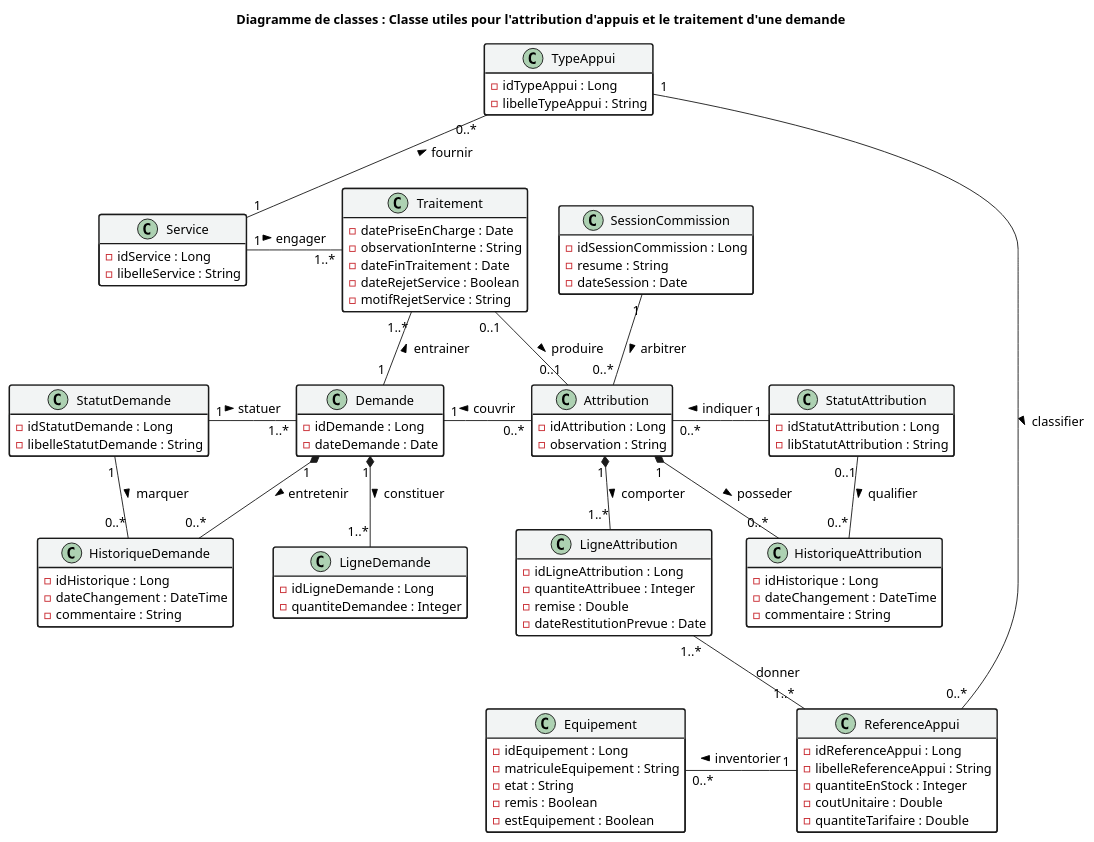
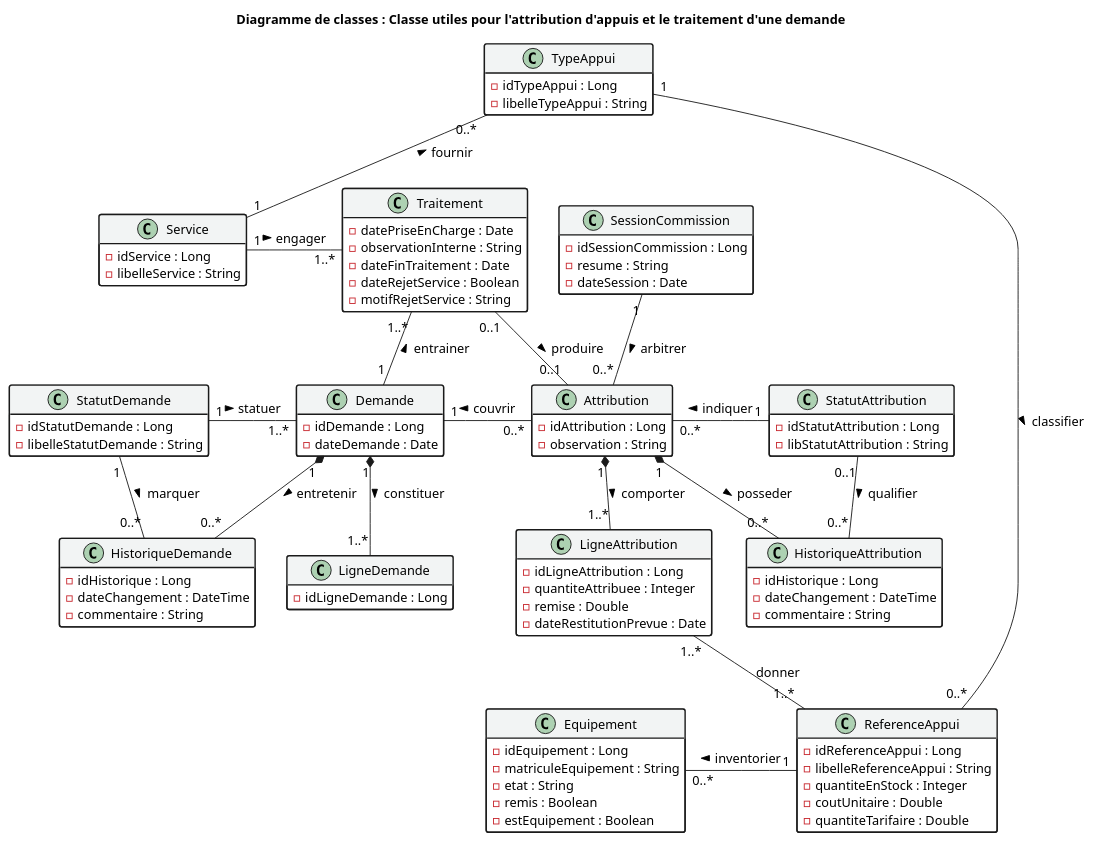
The diagram in docs/classes/M_classe_octroi.puml (marasse-codec/ORYZAPP), drawn with PlantUML before and after one commit. The commit also changed 43 other files, not shown here.

```diff
--- a/docs/classes/M_classe_octroi.puml
+++ b/docs/classes/M_classe_octroi.puml
@@ -1,159 +1,158 @@
 @startuml octroi_demande_uml
 title Diagramme de classes : Classe utiles pour l'attribution d'appuis et le traitement d'une demande
 
 skinparam shadowing false
 skinparam defaultFontName "Segoe UI", sans-serif
 ' Suppression de tout fond de diagramme (transparent / blanc)
 skinparam backgroundColor #FFFFFF
 
 hide empty members
 
 skinparam class {
     BackgroundColor #FFFFFF
     HeaderBackgroundColor #F2F4F4
     BorderColor #1A1A1A
     FontColor #000000
     AttributeFontColor #000000
     MethodFontColor #000000
     FontSize 16
     AttributeFontSize 14
     MethodFontSize 14
     BorderThickness 1.5
 }
 
 skinparam arrow {
     Color #1A1A1A
     FontColor #000000
     FontSize 14
 }
 ' ============================================================
 ' CLASSES
 ' ============================================================
 
 class Service {
   - idService : Long
   - libelleService : String
 }
 
 class TypeAppui {
   - idTypeAppui : Long
   - libelleTypeAppui : String
 }
 
 class ReferenceAppui {
   - idReferenceAppui : Long
   - libelleReferenceAppui : String
   - quantiteEnStock : Integer
   - coutUnitaire : Double
   - quantiteTarifaire : Double
 }
 
 class Equipement {
   - idEquipement : Long
   - matriculeEquipement : String
   - etat : String
   - remis : Boolean
   - estEquipement : Boolean
 
 }
 
 ReferenceAppui "1" -l- "0..*" Equipement : inventorier >
 TypeAppui "0..*" -- "1" Service : fournir <
 ReferenceAppui "0..*" -l- "1" TypeAppui : classifier <
 
 
 class StatutDemande {
   - idStatutDemande : Long
   - libelleStatutDemande : String
 }
 
 class Demande {
   - idDemande : Long
   - dateDemande : Date
 }
 
 class HistoriqueDemande {
   - idHistorique : Long
   - dateChangement : DateTime
   - commentaire : String
 }
 
 
 Demande "1" *-- "0..*" HistoriqueDemande : entretenir >
 StatutDemande "1" -- "0..*" HistoriqueDemande : marquer >
 
 ' DateFinTraitement prend la date de fin du dernier traitement
 ' dateSoumission marque qu'on ne peut plus modifier apès soummission
 
 StatutDemande "1" - "1..*" Demande : statuer >
 
 class Traitement {
   - datePriseEnCharge : Date
   - observationInterne : String
   - dateFinTraitement : Date
   - dateRejetService : Boolean
   - motifRejetService : String
 }
 
 Traitement "1..*" -d- "1" Demande : entrainer <
 Traitement "1..*" -l- "1" Service : engager <
 Traitement "0..1" -- "0..1" Attribution : produire >
 
 ' note top of [Demande]
 '   ! Remarque !
 '   Ajout de dateTraitement et motifRejet :
 '   permettre de suivre l'état de la demande
 ' end note
 
 class LigneDemande {
   - idLigneDemande : Long
-  - quantiteDemandee : Integer
 }
 
 class SessionCommission {
   - idSessionCommission : Long
   - resume : String
   - dateSession : Date
 }
 
 class Attribution {
   - idAttribution : Long
   - observation : String
 }
 
 class StatutAttribution {
   - idStatutAttribution : Long
   - libStatutAttribution : String
 }
 
 class HistoriqueAttribution {
   - idHistorique : Long
   - dateChangement : DateTime
   - commentaire : String
 }
 
 Attribution "1" *-- "0..*" HistoriqueAttribution : posseder >
 StatutAttribution "0..1" -- "0..*" HistoriqueAttribution : qualifier >
 
 Attribution "0..*" - "1" StatutAttribution : indiquer <
 SessionCommission "1" -- "0..*" Attribution : arbitrer >
 Demande "1" - "0..*" Attribution : couvrir <
 
 class LigneAttribution {
   - idLigneAttribution : Long
   - quantiteAttribuee : Integer
   - remise : Double
   - dateRestitutionPrevue : Date
 }
 
 LigneAttribution "1..*" -- "1..*" ReferenceAppui : "donner"
 
 ' ============================================================
 ' ASSOCIATIONS
 ' ============================================================
 
 Demande "1" *-- "1..*" LigneDemande : constituer >
 
 Attribution "1" *-- "1..*" LigneAttribution : comporter >
 
 @enduml
```
